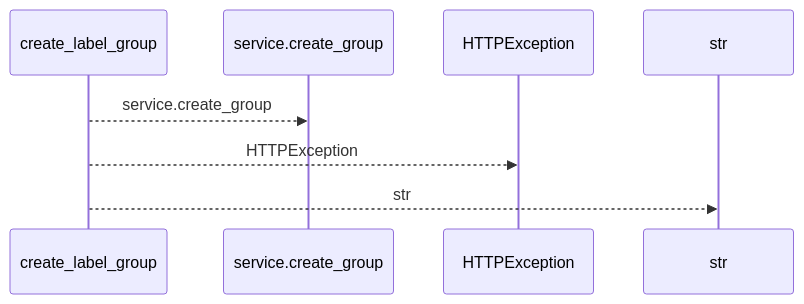
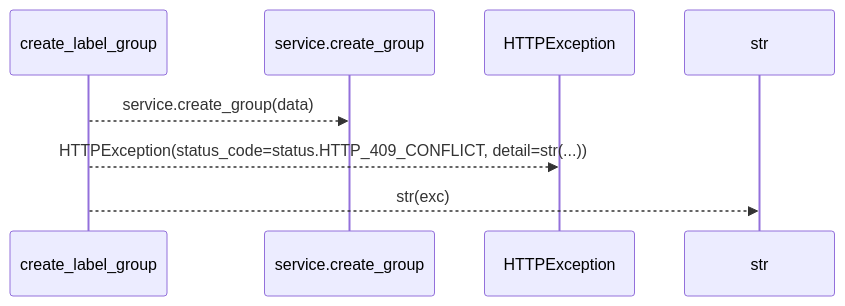
The first of 2 diagrams in docs/llm_wiki/flows/http-create_label_group.md (Denissvgn/WorkChord), drawn with Mermaid before and after one commit. The commit also changed other lines of this file and 25171 other files, not shown here.

````diff
--- a/docs/llm_wiki/flows/http-create_label_group.md
+++ b/docs/llm_wiki/flows/http-create_label_group.md
@@ -10,10 +12,10 @@
 ```mermaid
 sequenceDiagram
     participant p0 as create_label_group
     participant p1 as service.create_group
     participant p2 as HTTPException
     participant p3 as str
-    p0-->>p1: service.create_group
-    p0-->>p2: HTTPException
-    p0-->>p3: str
+    p0-->>p1: service.create_group(data)
+    p0-->>p2: HTTPException(status_code=status.HTTP_409_CONFLICT, detail=str(...))
+    p0-->>p3: str(exc)
 ```
````
